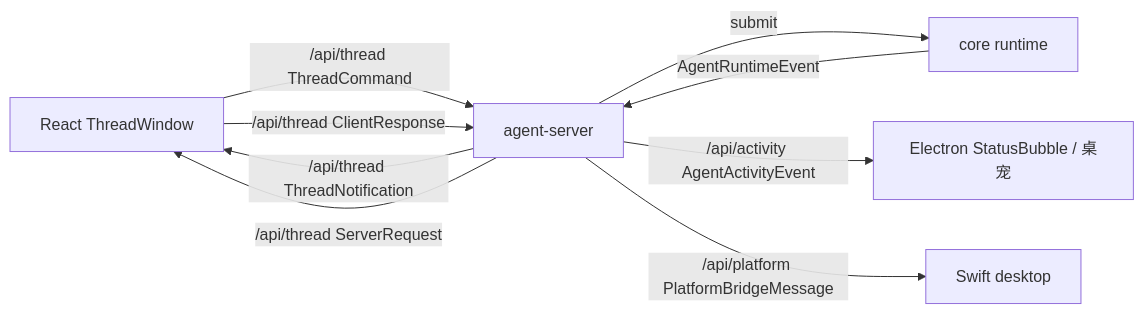
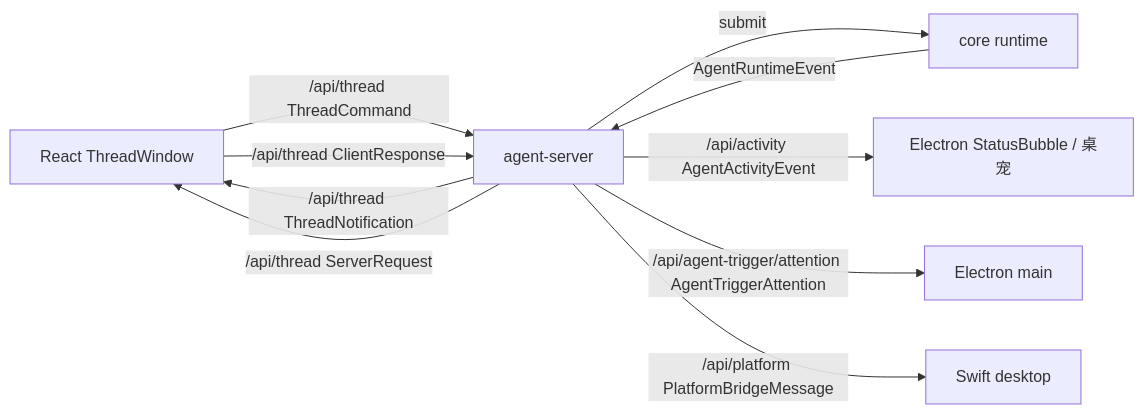
One commit to Lixuhang987/Wisp-Pocket changed the diagram in packages/core/src/protocol/protocol.md. Above: the diagram before and after it, drawn with Mermaid. The commit also changed other lines of this file and 7 other files, not shown here.

````diff
--- a/packages/core/src/protocol/protocol.md
+++ b/packages/core/src/protocol/protocol.md
@@ -26,11 +28,12 @@
 ```mermaid
 flowchart LR
   A[React ThreadWindow] -->|/api/thread ThreadCommand| B[agent-server]
   B -->|submit| C[core runtime]
   C -->|AgentRuntimeEvent| B
   B -->|/api/thread ThreadNotification| A
   B -->|/api/thread ServerRequest| A
   A -->|/api/thread ClientResponse| B
   B -->|/api/activity AgentActivityEvent| E[Electron StatusBubble / 桌宠]
+  B -->|/api/agent-trigger/attention AgentTriggerAttention| EA[Electron main]
   B -->|/api/platform PlatformBridgeMessage| D[Swift desktop]
 ```
````
